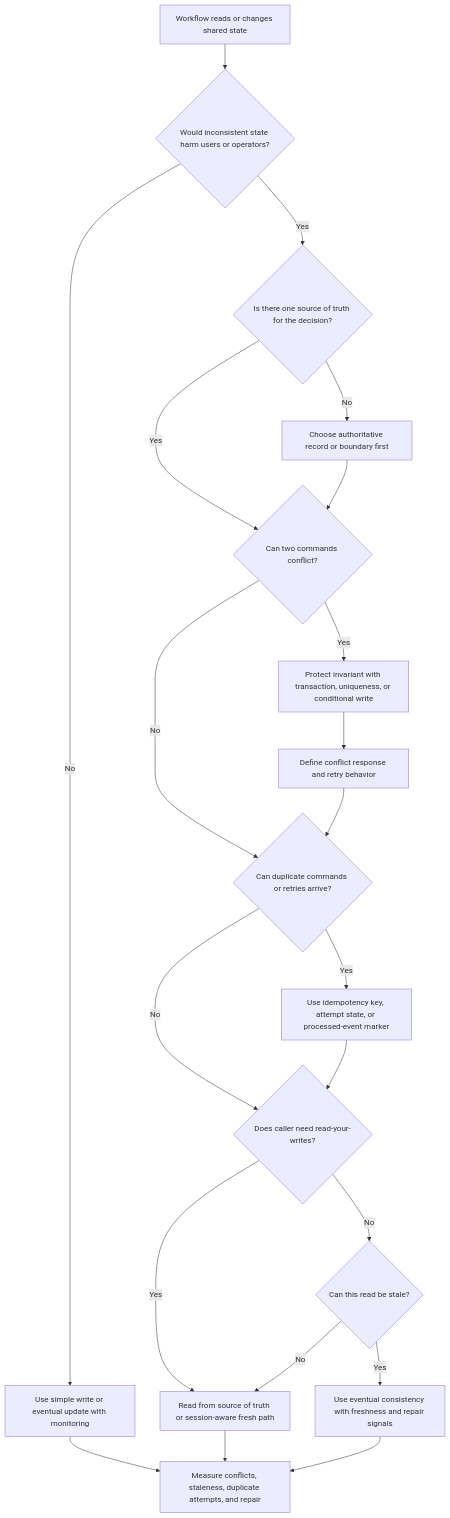
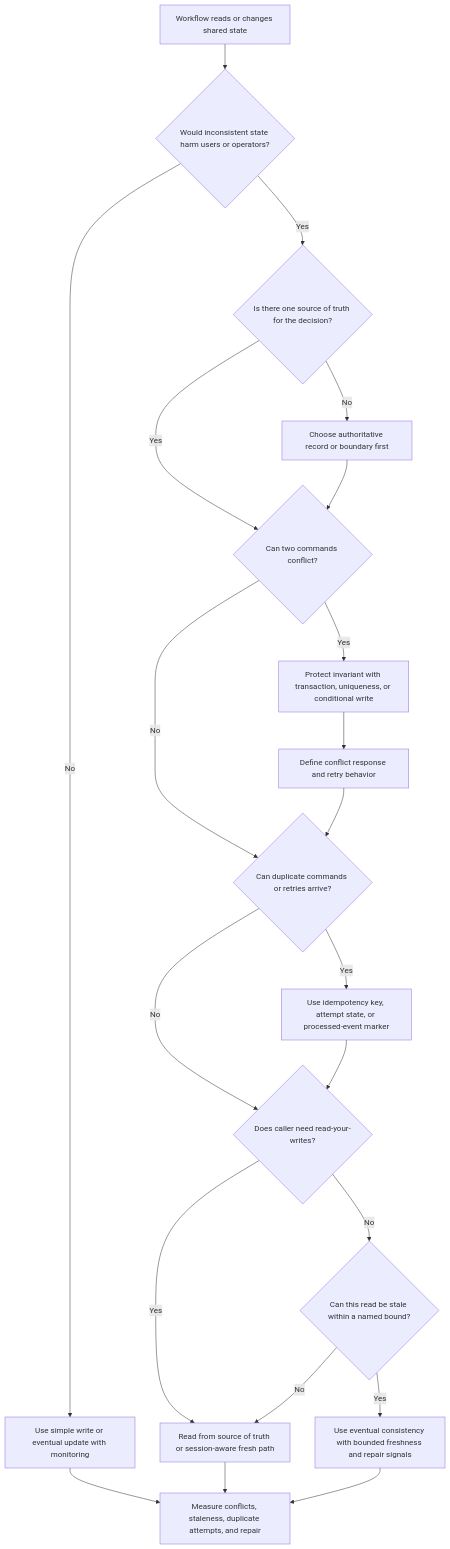
The diagram in docs/requirements/consistency.md (LeonSilva15/system-design), drawn with Mermaid before and after one commit. The commit also changed other lines of this file, not shown here.

Commit message:
docs(requirements): refine consistency guidance

````diff
--- a/docs/requirements/consistency.md
+++ b/docs/requirements/consistency.md
@@ -63,30 +63,30 @@
 ```mermaid
 flowchart TD
     Start[Workflow reads or changes shared state] --> Harm{Would inconsistent state harm users or operators?}
     Harm -->|No| Simple[Use simple write or eventual update with monitoring]
     Harm -->|Yes| Source{Is there one source of truth for the decision?}
 
     Source -->|No| Define[Choose authoritative record or boundary first]
     Source -->|Yes| WriteRisk{Can two commands conflict?}
     Define --> WriteRisk
 
     WriteRisk -->|Yes| Invariant[Protect invariant with transaction, uniqueness, or conditional write]
     WriteRisk -->|No| RetryRisk{Can duplicate commands or retries arrive?}
 
     Invariant --> Conflict[Define conflict response and retry behavior]
     Conflict --> RetryRisk
 
     RetryRisk -->|Yes| Idempotent[Use idempotency key, attempt state, or processed-event marker]
     RetryRisk -->|No| ReadNeed{Does caller need read-your-writes?}
 
     Idempotent --> ReadNeed
     ReadNeed -->|Yes| Fresh[Read from source of truth or session-aware fresh path]
-    ReadNeed -->|No| Stale{Can this read be stale?}
+    ReadNeed -->|No| Stale{Can this read be stale within a named bound?}
 
-    Stale -->|Yes| Eventual[Use eventual consistency with freshness and repair signals]
+    Stale -->|Yes| Eventual[Use eventual consistency with bounded freshness and repair signals]
     Stale -->|No| Fresh
 
     Simple --> Observe[Measure conflicts, staleness, duplicate attempts, and repair]
     Fresh --> Observe
     Eventual --> Observe
 ```
````
